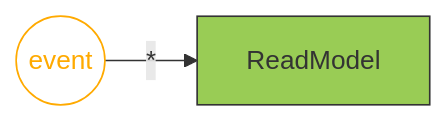
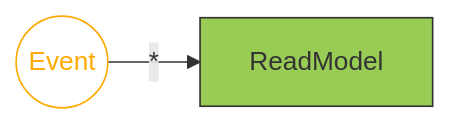
One commit to ReventlessDev/reventless-core changed the second of 4 diagrams in packages/doc/docs/reventless-components-overview.md. Above: the diagram before and after it, drawn with Mermaid. The commit also changed other lines of this file, not shown here.

````diff
--- a/packages/doc/docs/reventless-components-overview.md
+++ b/packages/doc/docs/reventless-components-overview.md
@@ -34,9 +34,9 @@
 ```mermaid
 graph LR
-    event((event)):::event -->|*| ReadModel:::readmodel
+    Event((Event)):::Event -->|*| ReadModel:::readmodel
 
-    classDef command stroke:#66f,color:#66f,fill:none;
-    classDef event stroke:#fa0,color:#fa0,fill:none;
+    classDef Command stroke:#66f,color:#66f,fill:none;
+    classDef Event stroke:#fa0,color:#fa0,fill:none;
     classDef aggregate fill:#ff6,stroke:#333,color:#333;
     classDef readmodel fill:#9c5,stroke:#333,color:#333;
 ```
````
